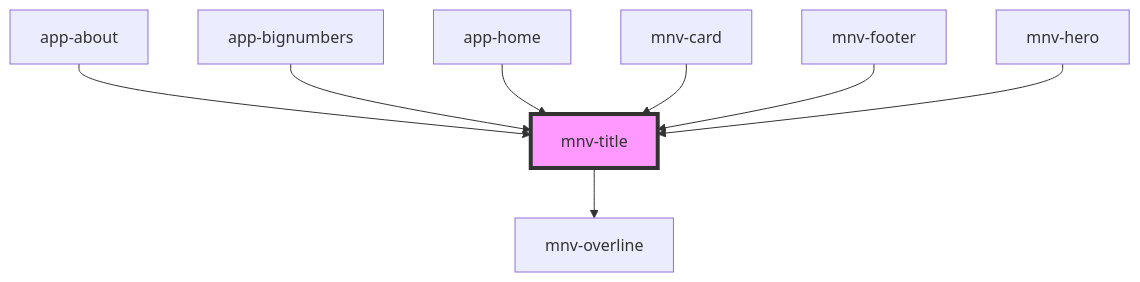
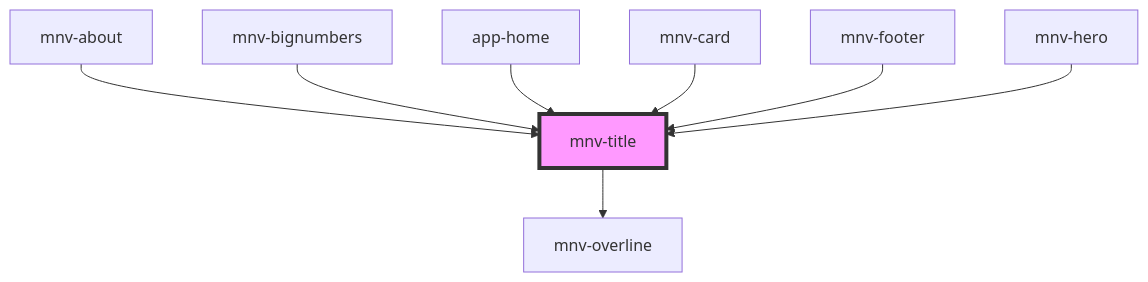
The diagram in src/components/typography/mnv-title/readme.md (rafaela-vairo/ufrj-sustainable), drawn with Mermaid before and after one commit. The commit also changed other lines of this file and 47 other files, not shown here.

````diff
--- a/src/components/typography/mnv-title/readme.md
+++ b/src/components/typography/mnv-title/readme.md
@@ -32,11 +29,11 @@
 ```mermaid
 graph TD;
   mnv-title --> mnv-overline
-  app-about --> mnv-title
-  app-bignumbers --> mnv-title
+  mnv-about --> mnv-title
+  mnv-bignumbers --> mnv-title
   app-home --> mnv-title
   mnv-card --> mnv-title
   mnv-footer --> mnv-title
   mnv-hero --> mnv-title
   style mnv-title fill:#f9f,stroke:#333,stroke-width:4px
 ```
````
